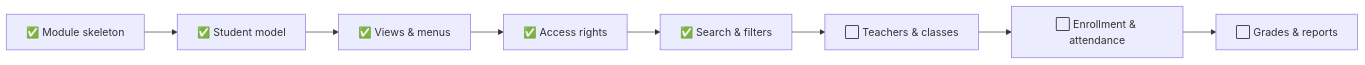
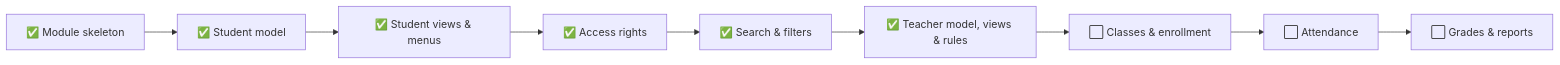
The fourth of 4 diagrams in README.md (Ahmed-Samy-Omran/school_management), drawn with Mermaid before and after one commit. The commit also changed other lines of this file and 2 other files, not shown here.

First line of the commit message:
docs: document teacher model and views with architecture, data model and rules diagrams

````diff
--- a/README.md
+++ b/README.md
@@ -134,10 +196,11 @@
 ```mermaid
 graph LR
     A["✅ Module skeleton"] --> B["✅ Student model"]
-    B --> C["✅ Views & menus"]
+    B --> C["✅ Student views & menus"]
     C --> D["✅ Access rights"]
     D --> E["✅ Search & filters"]
-    E --> F["⬜ Teachers & classes"]
-    F --> G["⬜ Enrollment & attendance"]
-    G --> H["⬜ Grades & reports"]
+    E --> F["✅ Teacher model, views & rules"]
+    F --> G["⬜ Classes & enrollment"]
+    G --> H["⬜ Attendance"]
+    H --> I["⬜ Grades & reports"]
 ```
````
